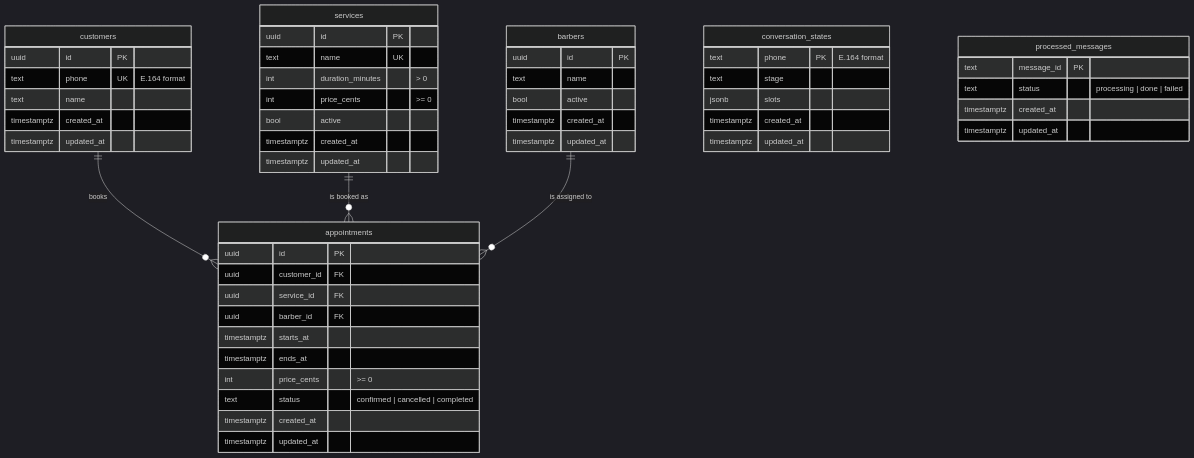
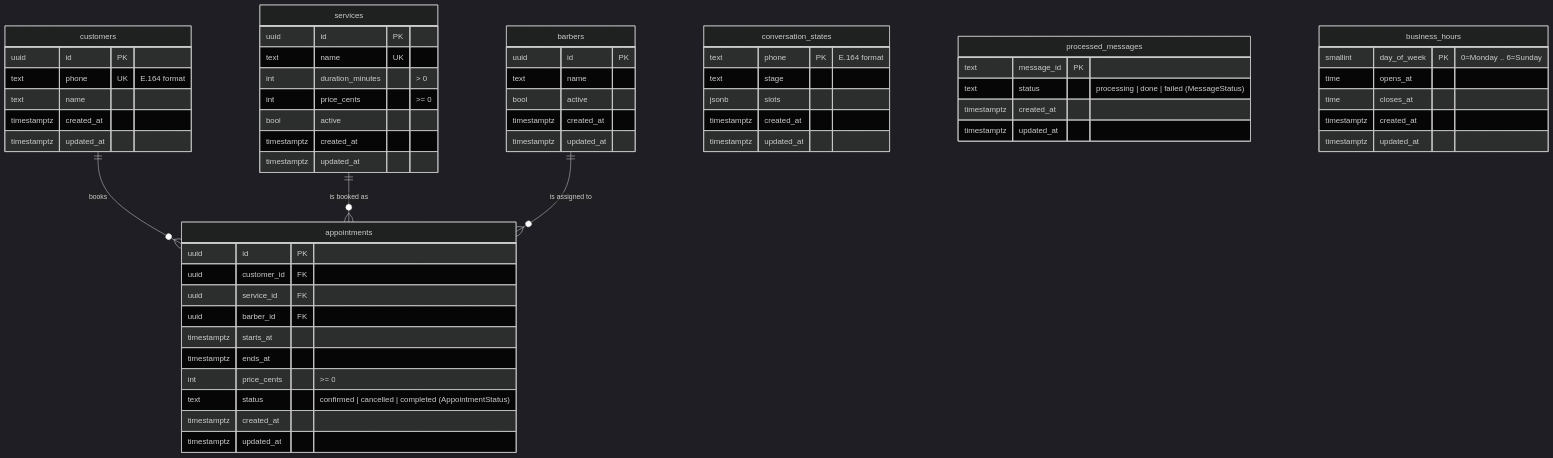
Before and after one commit to Renan-Maciel-Santos/booking-agent: the second of 3 diagrams in docs/design-doc.md, drawn with Mermaid (dark theme). The commit also changed other lines of this file and 1 other file, not shown here.

Commit message:
docs: design booking service, availability and time handling

````diff
--- a/docs/design-doc.md
+++ b/docs/design-doc.md
@@ -70,54 +70,61 @@
 ```mermaid
 erDiagram
     customers ||--o{ appointments : books
     services ||--o{ appointments : "is booked as"
     barbers ||--o{ appointments : "is assigned to"
     customers {
         uuid id PK
         text phone UK "E.164 format"
         text name
         timestamptz created_at
         timestamptz updated_at
     }
     services {
         uuid id PK
         text name UK
         int duration_minutes "> 0"
         int price_cents ">= 0"
         bool active
         timestamptz created_at
         timestamptz updated_at
     }
     barbers {
         uuid id PK
         text name
         bool active
         timestamptz created_at
         timestamptz updated_at
     }
     appointments {
         uuid id PK
         uuid customer_id FK
         uuid service_id FK
         uuid barber_id FK
         timestamptz starts_at
         timestamptz ends_at
         int price_cents ">= 0"
-        text status "confirmed | cancelled | completed"
+        text status "confirmed | cancelled | completed (AppointmentStatus)"
         timestamptz created_at
         timestamptz updated_at
     }
     conversation_states {
         text phone PK "E.164 format"
         text stage
         jsonb slots
         timestamptz created_at
         timestamptz updated_at
     }
     processed_messages {
         text message_id PK
-        text status "processing | done | failed"
+        text status "processing | done | failed (MessageStatus)"
+        timestamptz created_at
+        timestamptz updated_at
+    }
+    business_hours {
+        smallint day_of_week PK "0=Monday .. 6=Sunday"
+        time opens_at
+        time closes_at
         timestamptz created_at
         timestamptz updated_at
     }
 ```
````
